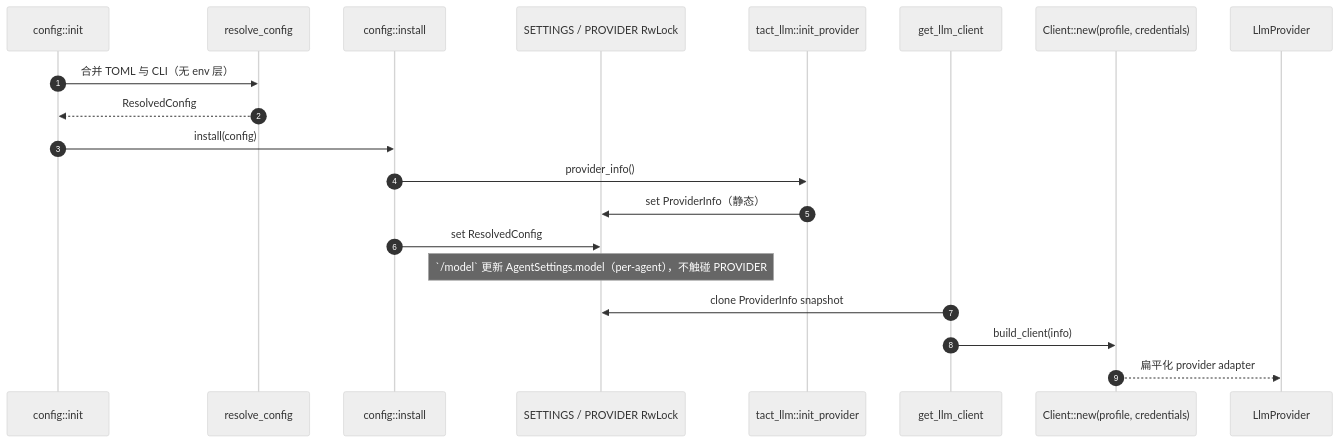
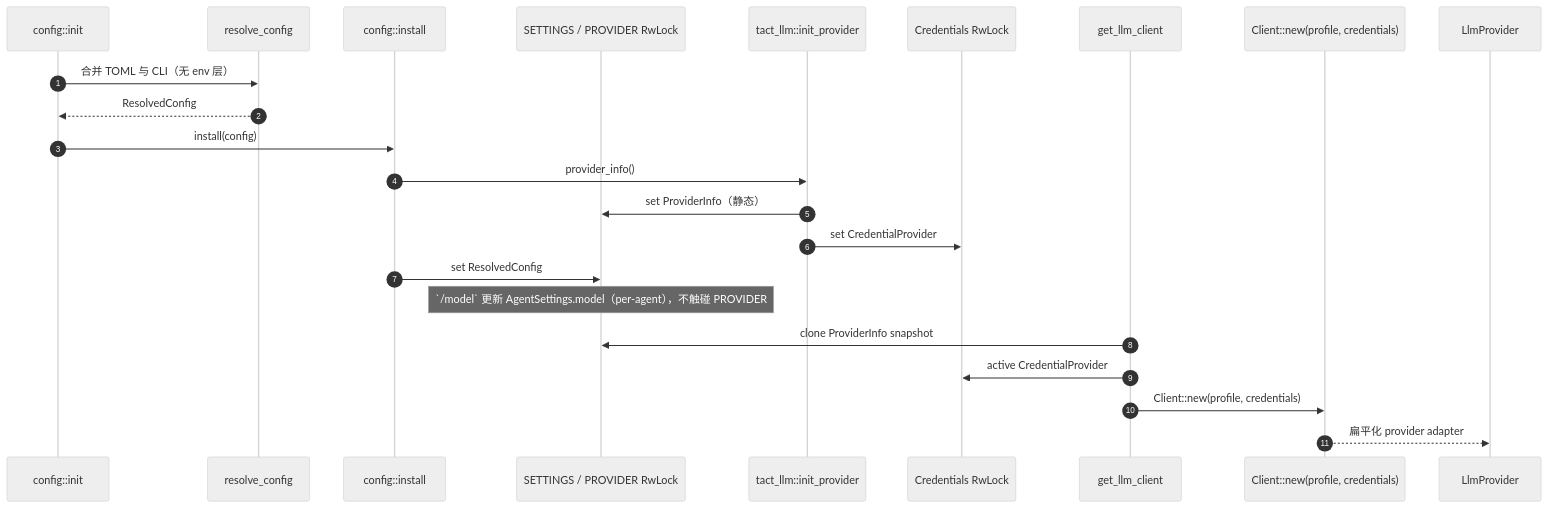
The second of 5 diagrams in book/22_chapter_llm_zh.md (rust-infra/tact), drawn with Mermaid (neutral theme) before and after one commit. The commit also changed other lines of this file and 12 other files, not shown here.

Commit message:
refactor(llm): route credentials through global provider and reuse http client

````diff
--- a/book/22_chapter_llm_zh.md
+++ b/book/22_chapter_llm_zh.md
@@ -111,23 +116,26 @@
 ```mermaid
 sequenceDiagram
     autonumber
     participant Init as config::init
     participant Resolve as resolve_config
     participant Install as config::install
     participant State as SETTINGS / PROVIDER RwLock
     participant LlmInit as tact_llm::init_provider
+    participant Cred as Credentials RwLock
     participant Get as get_llm_client
     participant Build as Client::new(profile, credentials)
     participant Provider as LlmProvider
 
     Init->>Resolve: 合并 TOML 与 CLI（无 env 层）
     Resolve-->>Init: ResolvedConfig
     Init->>Install: install(config)
     Install->>LlmInit: provider_info()
     LlmInit->>State: set ProviderInfo（静态）
+    LlmInit->>Cred: set CredentialProvider
     Install->>State: set ResolvedConfig
     Note over State: `/model` 更新 AgentSettings.model（per-agent），不触碰 PROVIDER
     Get->>State: clone ProviderInfo snapshot
-    Get->>Build: build_client(info)
+    Get->>Cred: active CredentialProvider
+    Get->>Build: Client::new(profile, credentials)
     Build-->>Provider: 扁平化 provider adapter
 ```
````
